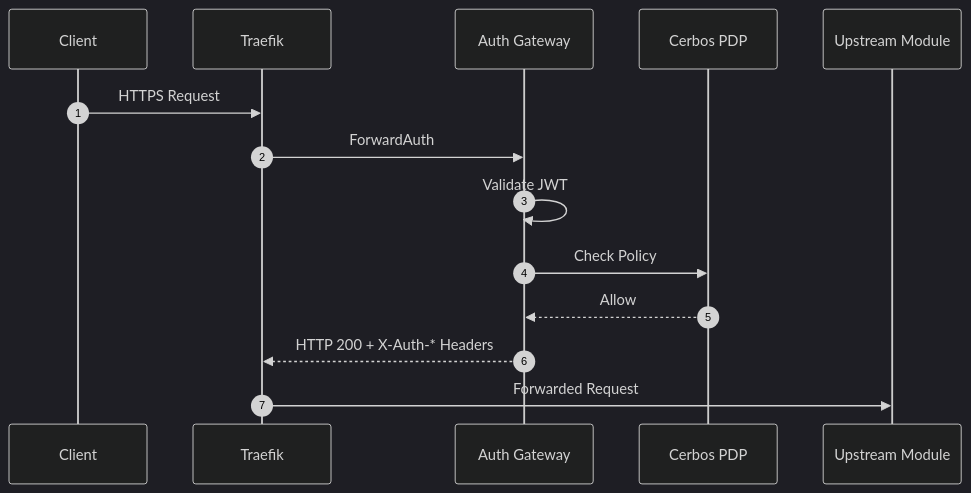
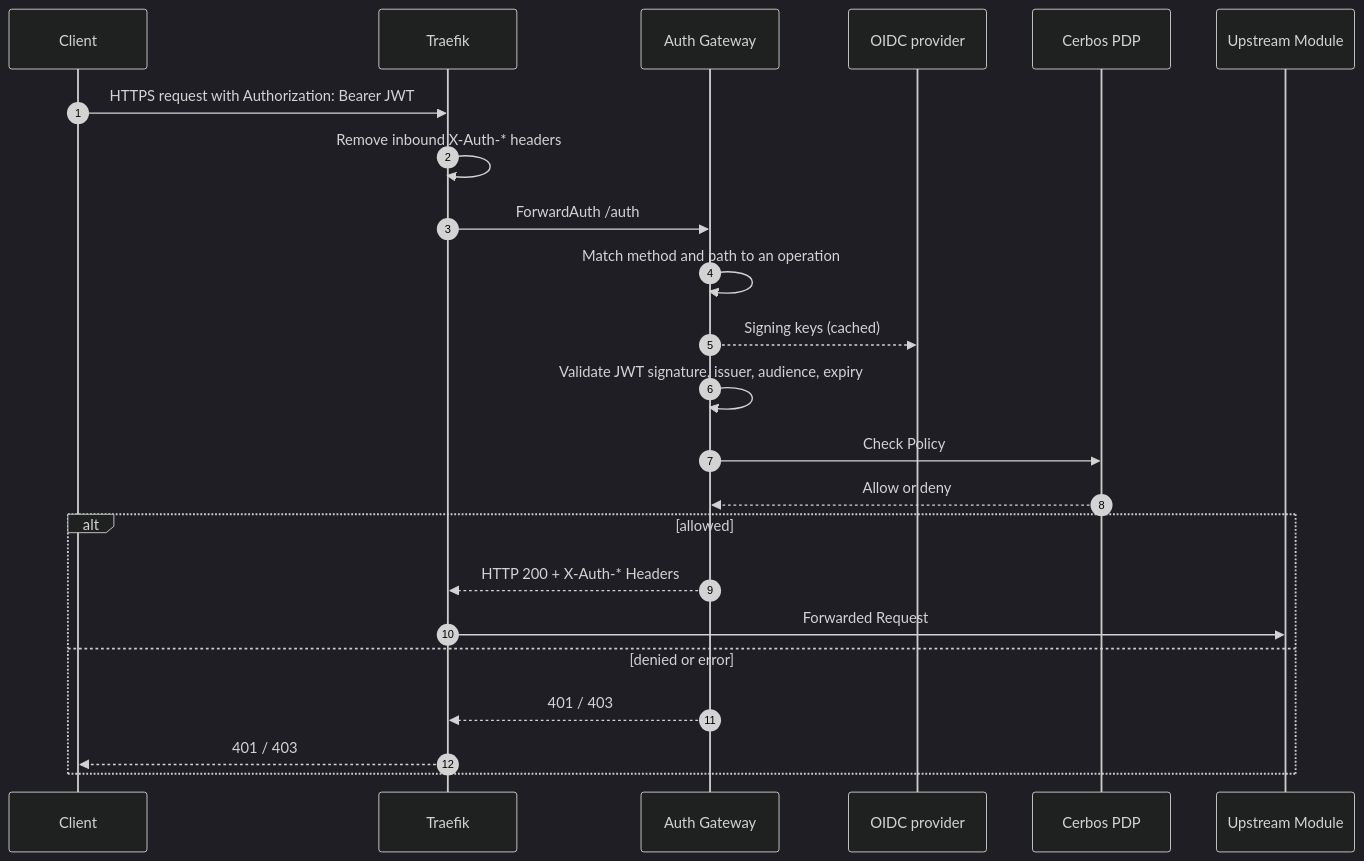
Before and after one commit to Labs64/labs64.io-docs: the diagram in modules/auth-gateway/index.md, drawn with Mermaid (dark theme). The commit also changed other lines of this file and 51 other files, not shown here.

Commit message:
Make the public docs the primary architecture and module reference

````diff
--- a/modules/auth-gateway/index.md
+++ b/modules/auth-gateway/index.md
@@ -25,17 +33,26 @@
 ```mermaid
 sequenceDiagram
     autonumber
     participant C as Client
     participant T as Traefik
     participant AG as Auth Gateway
+    participant IdP as OIDC provider
     participant Cerbos as Cerbos PDP
     participant M as Upstream Module
 
-    C->>T: HTTPS Request
-    T->>AG: ForwardAuth
-    AG->>AG: Validate JWT
+    C->>T: HTTPS request with Authorization: Bearer JWT
+    T->>T: Remove inbound X-Auth-* headers
+    T->>AG: ForwardAuth /auth
+    AG->>AG: Match method and path to an operation
+    AG-->>IdP: Signing keys (cached)
+    AG->>AG: Validate JWT signature, issuer, audience, expiry
     AG->>Cerbos: Check Policy
-    Cerbos-->>AG: Allow
-    AG-->>T: HTTP 200 + X-Auth-* Headers
-    T->>M: Forwarded Request
+    Cerbos-->>AG: Allow or deny
+    alt allowed
+        AG-->>T: HTTP 200 + X-Auth-* Headers
+        T->>M: Forwarded Request
+    else denied or error
+        AG-->>T: 401 / 403
+        T-->>C: 401 / 403
+    end
 ```
````
